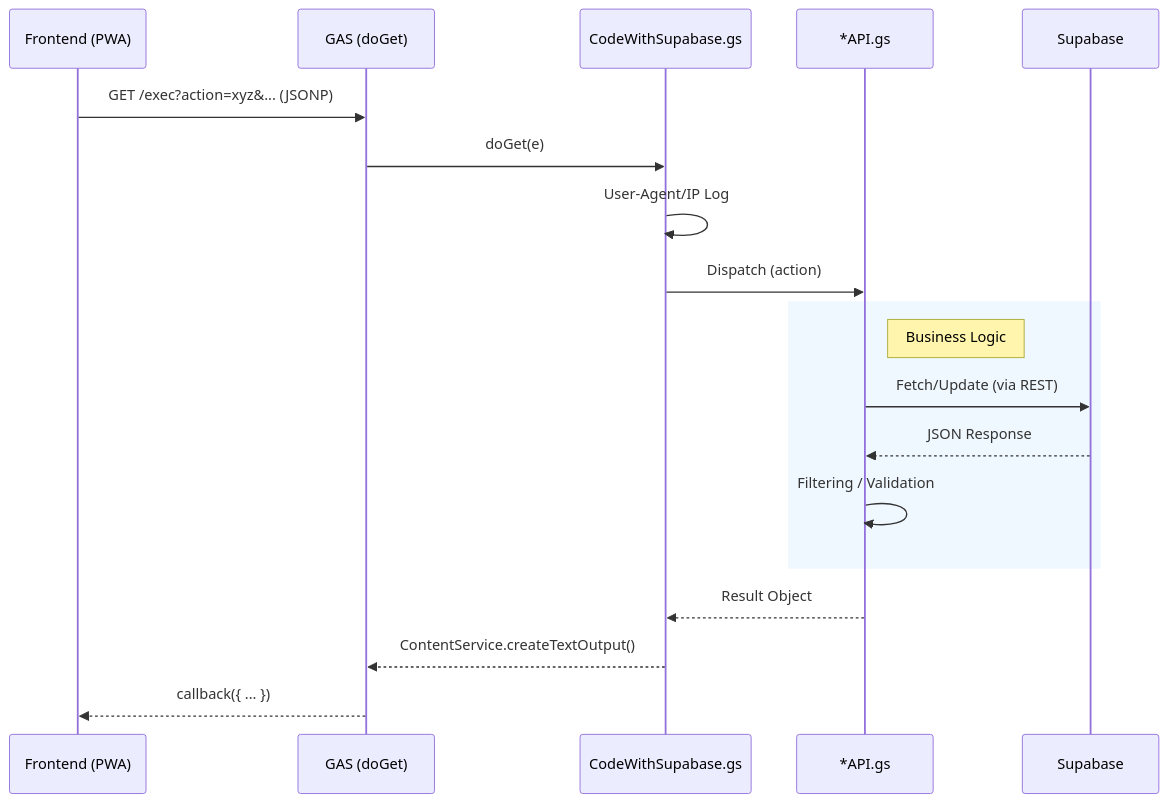
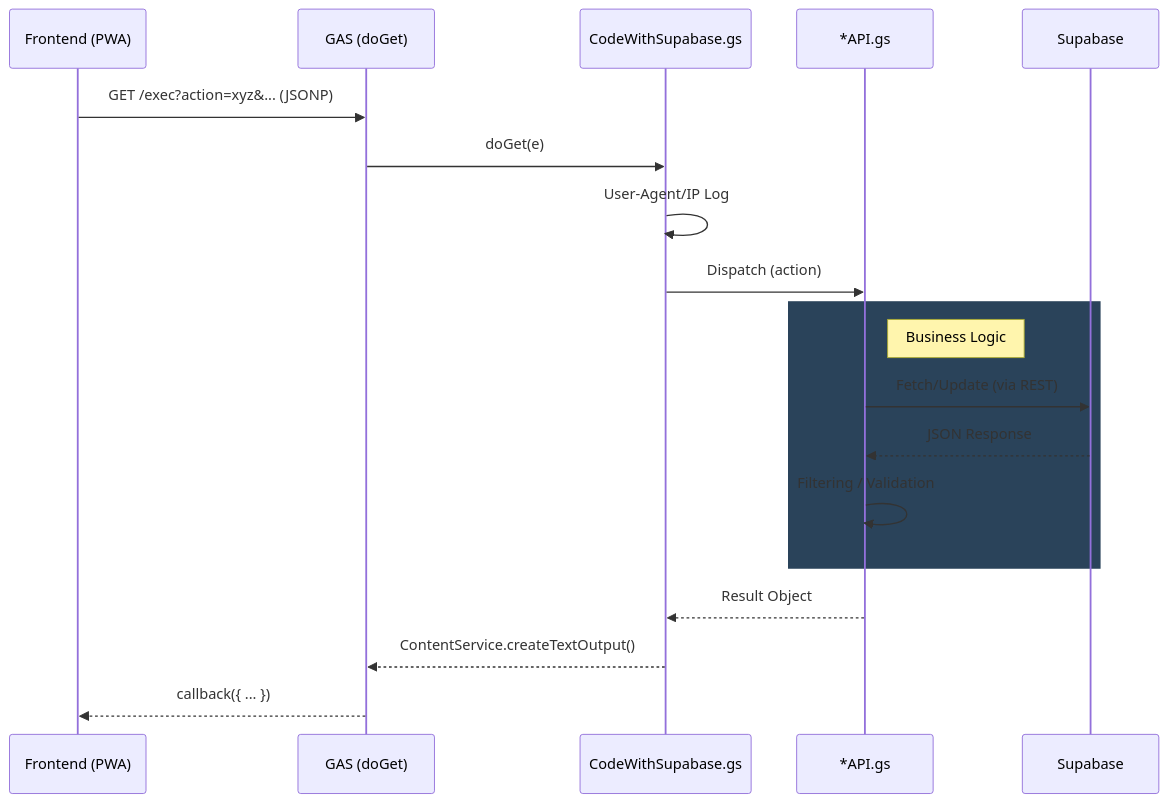
One commit to J105588/tickets-new changed the second of 3 diagrams in README.md. Above: the diagram before and after it, drawn with Mermaid.

Commit message:
Update README.md to change color representation in sequence diagram
- Modified the color of the rectangle in the sequence diagram from a solid RGB color to a semi-transparent RGBA color for improved visual clarity.

````diff
--- a/README.md
+++ b/README.md
@@ -148,24 +148,24 @@
 ```mermaid
 sequenceDiagram
     participant Client as Frontend (PWA)
     participant GAS as GAS (doGet)
     participant Router as CodeWithSupabase.gs
     participant Logic as *API.gs
     participant DB as Supabase
 
     Client->>GAS: GET /exec?action=xyz&... (JSONP)
     GAS->>Router: doGet(e)
     Router->>Router: User-Agent/IP Log
     Router->>Logic: Dispatch (action)
     
-    rect rgb(240, 248, 255)
+    rect rgba(42, 67, 90, 1)
         note right of Logic: Business Logic
         Logic->>DB: Fetch/Update (via REST)
         DB-->>Logic: JSON Response
         Logic->>Logic: Filtering / Validation
     end
     
     Logic-->>Router: Result Object
     Router-->>GAS: ContentService.createTextOutput()
     GAS-->>Client: callback({ ... })
 ```
````
